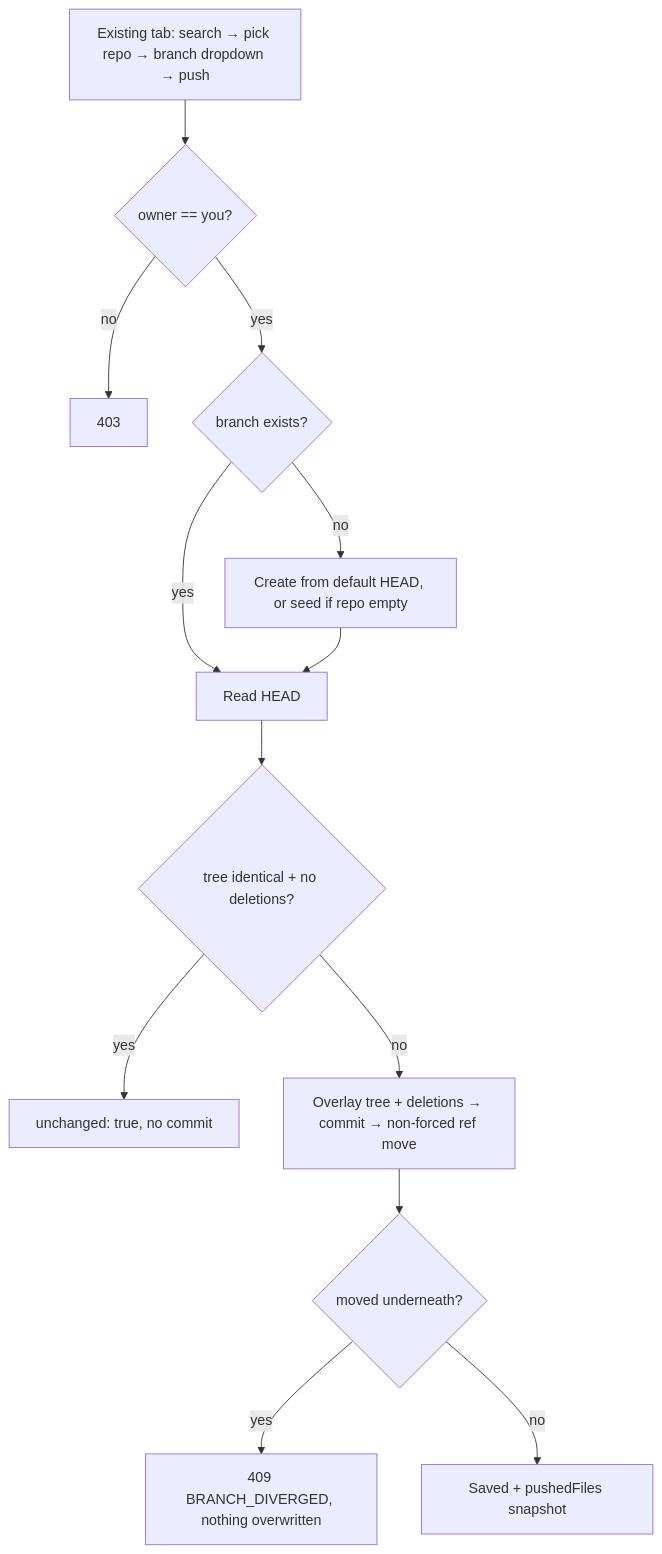
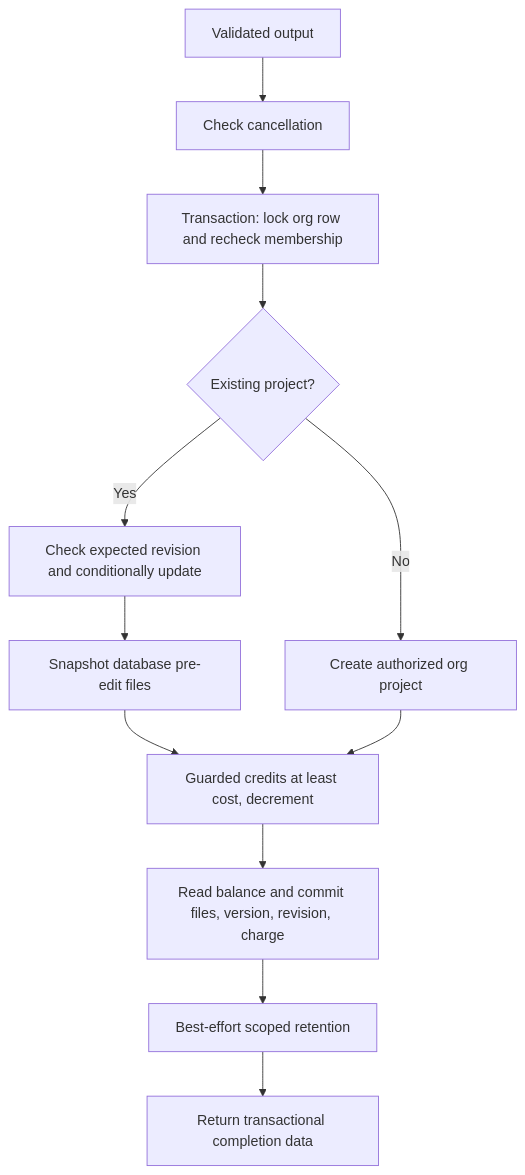
The second of 3 diagrams in docs/05-workflows.md (prakash8264/Drevo), drawn with Mermaid before and after one commit. The commit also changed other lines of this file and 23 other files, not shown here.

````diff
--- a/docs/05-workflows.md
+++ b/docs/05-workflows.md
@@ -101,15 +54,14 @@
 ```mermaid
 flowchart TD
-  E[Existing tab: search → pick repo → branch dropdown → push] --> O{owner == you?}
-  O-- no --> F[403]
-  O-- yes --> BR{branch exists?}
-  BR-- no --> NB[Create from default HEAD, or seed if repo empty]
-  BR-- yes --> HB[Read HEAD]
-  NB --> HB
-  HB --> EQ{tree identical + no deletions?}
-  EQ-- yes --> NC[unchanged: true, no commit]
-  EQ-- no --> C[Overlay tree + deletions → commit → non-forced ref move]
-  C --> DV{moved underneath?}
-  DV-- yes --> D409[409 BRANCH_DIVERGED, nothing overwritten]
-  DV-- no --> OK[Saved + pushedFiles snapshot]
+  Output[Validated output] --> Abort[Check cancellation]
+  Abort --> Lock[Transaction: lock org row and recheck membership]
+  Lock --> Existing{Existing project?}
+  Existing -- Yes --> CAS[Check expected revision and conditionally update]
+  CAS --> Snapshot[Snapshot database pre-edit files]
+  Existing -- No --> Create[Create authorized org project]
+  Snapshot --> Charge[Guarded credits at least cost, decrement]
+  Create --> Charge
+  Charge --> Commit[Read balance and commit files, version, revision, charge]
+  Commit --> Cleanup[Best-effort scoped retention]
+  Cleanup --> Result[Return transactional completion data]
 ```
````
